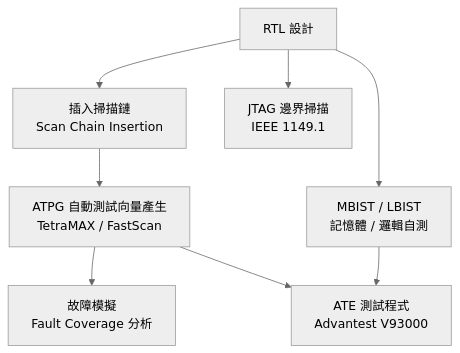
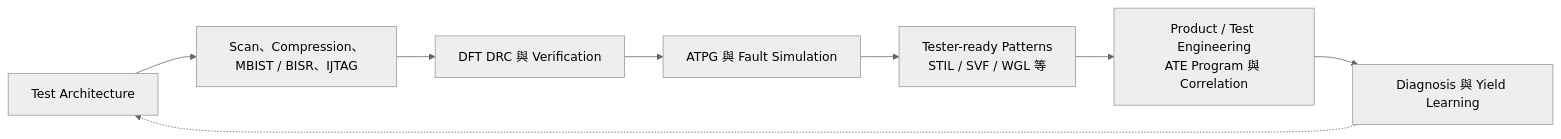
The first of 2 diagrams in docs/semi-jobs/04-dft.md (wizardhsiehcom/book), drawn with Mermaid (neutral theme) before and after one commit. The commit also changed other lines of this file and 5 other files, not shown here.

````diff
--- a/docs/semi-jobs/04-dft.md
+++ b/docs/semi-jobs/04-dft.md
@@ -7,9 +7,10 @@
 ```mermaid
-flowchart TD
-    RTL["RTL 設計"] --> SCAN["插入掃描鏈<br/>Scan Chain Insertion"]
-    SCAN --> ATPG["ATPG 自動測試向量產生<br/>TetraMAX / FastScan"]
-    ATPG --> FAULT["故障模擬<br/>Fault Coverage 分析"]
-    RTL --> BIST["MBIST / LBIST<br/>記憶體 / 邏輯自測"]
-    RTL --> JTAG["JTAG 邊界掃描<br/>IEEE 1149.1"]
-    ATPG & BIST --> ATE["ATE 測試程式<br/>Advantest V93000"]
+flowchart LR
+    ARCH["Test Architecture"] --> INS["Scan、Compression、MBIST / BISR、IJTAG"]
+    INS --> DRC["DFT DRC 與 Verification"]
+    DRC --> ATPG["ATPG 與 Fault Simulation"]
+    ATPG --> PAT["Tester-ready Patterns<br/>STIL / SVF / WGL 等"]
+    PAT --> TE["Product / Test Engineering<br/>ATE Program 與 Correlation"]
+    TE --> DIAG["Diagnosis 與 Yield Learning"]
+    DIAG -.-> ARCH
 ```
````
